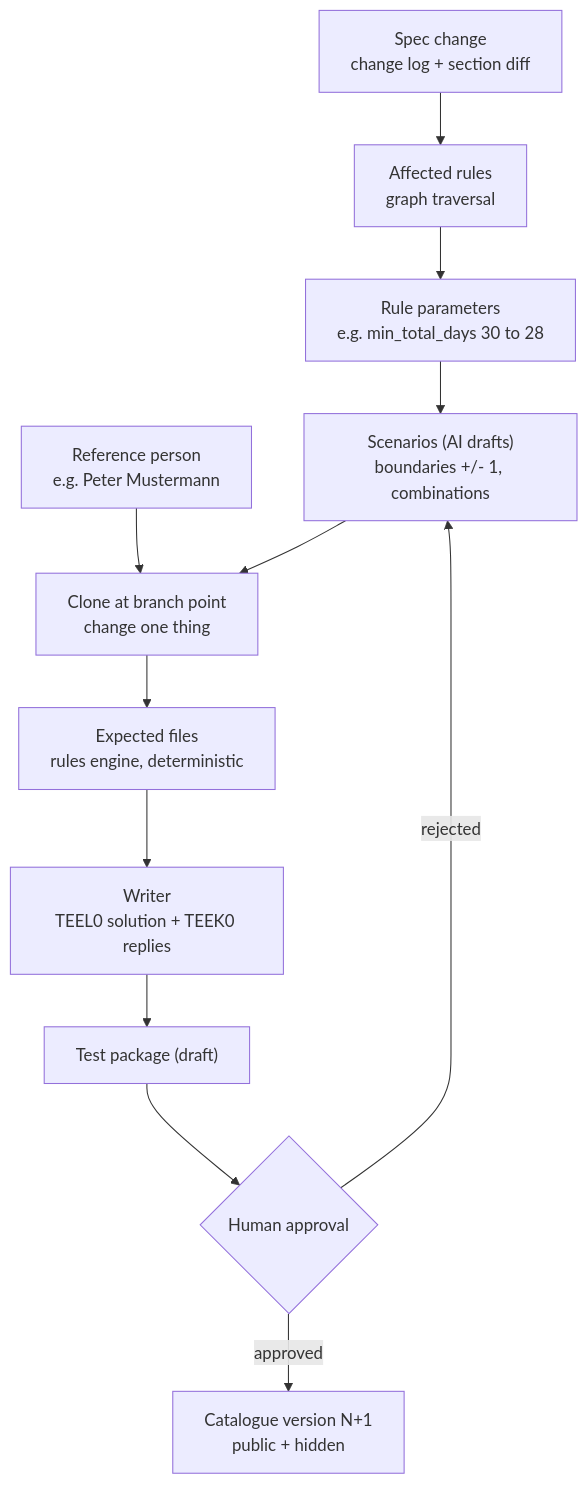
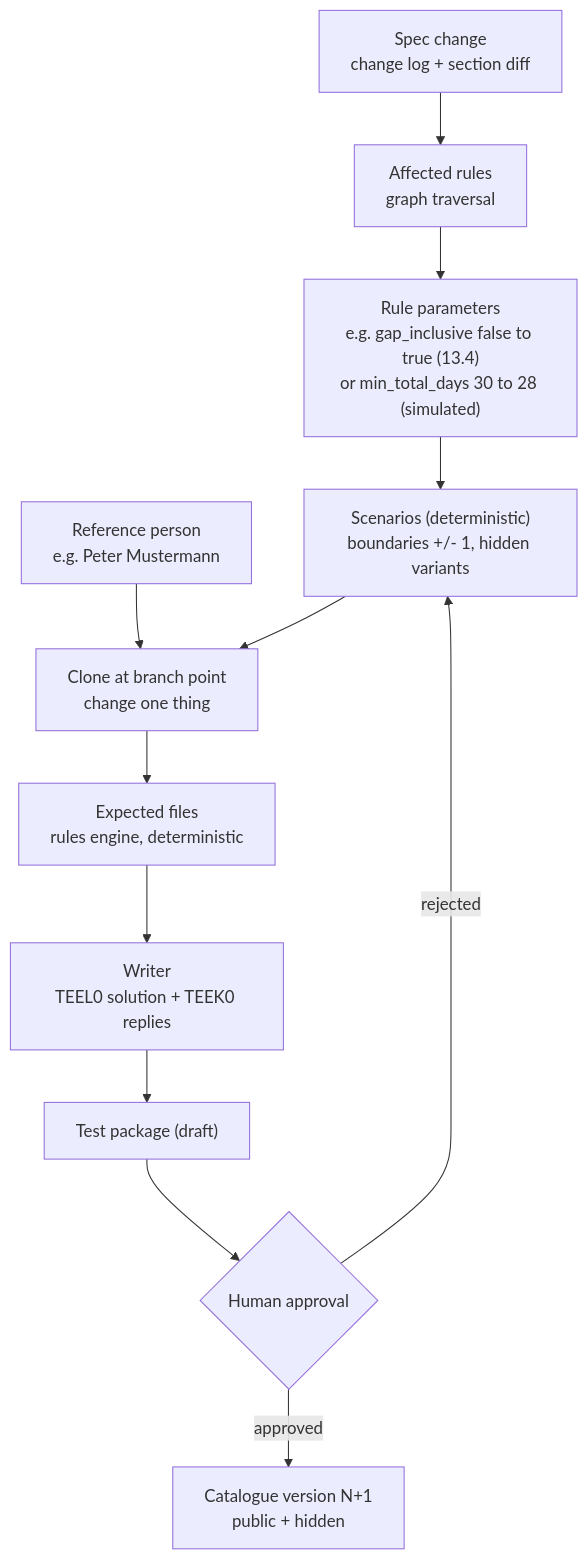
One commit to ahlemtr/ITSG-Futury-Build-day changed the diagram in plan/diagrams/03_test_builder.md. Above: the diagram before and after it, drawn with Mermaid. The commit also changed other lines of this file and 14 other files, not shown here.

````diff
--- a/plan/diagrams/03_test_builder.md
+++ b/plan/diagrams/03_test_builder.md
@@ -3,14 +3,14 @@
 ```mermaid
 flowchart TD
     C["Spec change<br/>change log + section diff"] --> AR["Affected rules<br/>graph traversal"]
-    AR --> P["Rule parameters<br/>e.g. min_total_days 30 to 28"]
-    P --> SC["Scenarios (AI drafts)<br/>boundaries +/- 1, combinations"]
+    AR --> P["Rule parameters<br/>e.g. gap_inclusive false to true (13.4)<br/>or min_total_days 30 to 28 (simulated)"]
+    P --> SC["Scenarios (deterministic)<br/>boundaries +/- 1, hidden variants"]
     BASE["Reference person<br/>e.g. Peter Mustermann"] --> CL["Clone at branch point<br/>change one thing"]
     SC --> CL
     CL --> EX["Expected files<br/>rules engine, deterministic"]
     EX --> W["Writer<br/>TEEL0 solution + TEEK0 replies"]
     W --> PK["Test package (draft)"]
     PK --> HA{"Human approval"}
     HA -->|approved| CAT["Catalogue version N+1<br/>public + hidden"]
     HA -->|rejected| SC
 ```
````
